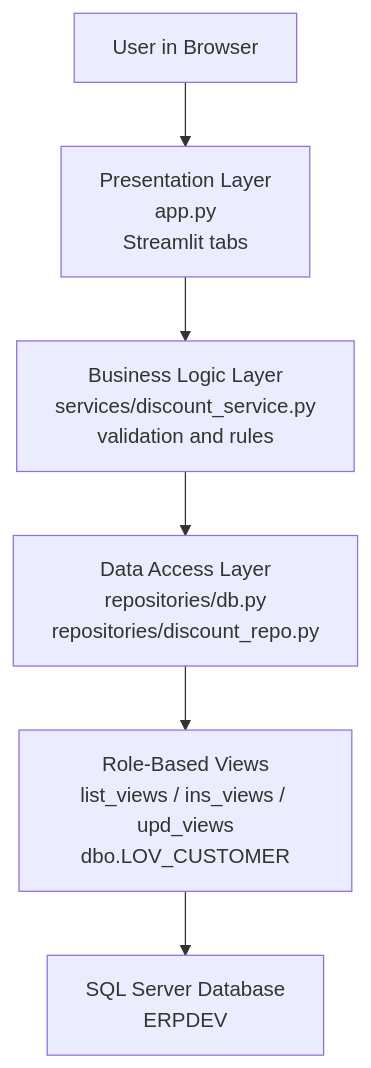
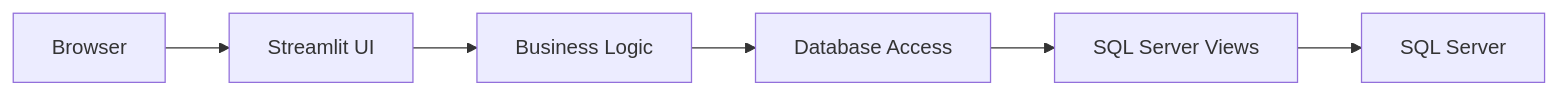
One commit to kirenz/sopra changed the diagram in index.qmd. Above: the diagram before and after it, drawn with Mermaid. The commit also changed other lines of this file and 5 other files, not shown here.

````diff
--- a/index.qmd
+++ b/index.qmd
@@ -85,8 +46,8 @@
 ```{mermaid}
-flowchart TD
-    U["User in Browser"] --> A["Presentation Layer<br>app.py<br>Streamlit tabs"]
-    A --> B["Business Logic Layer<br>services/discount_service.py<br>validation and rules"]
-    B --> C["Data Access Layer<br>repositories/db.py<br>repositories/discount_repo.py"]
-    C --> D["Role-Based Views<br>list_views / ins_views / upd_views<br>dbo.LOV_CUSTOMER"]
-    D --> E["SQL Server Database<br>ERPDEV"]
+flowchart LR
+    U["Browser"] --> A["Streamlit UI"]
+    A --> B["Business Logic"]
+    B --> C["Database Access"]
+    C --> D["SQL Server Views"]
+    D --> E["SQL Server"]
 ```
````
